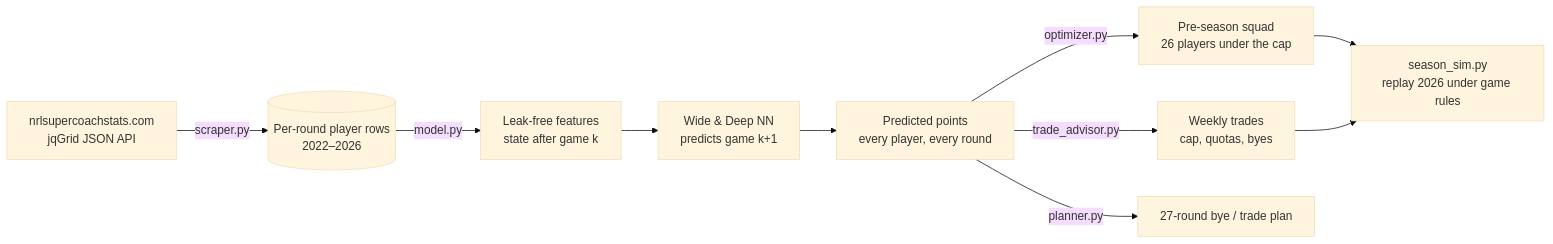
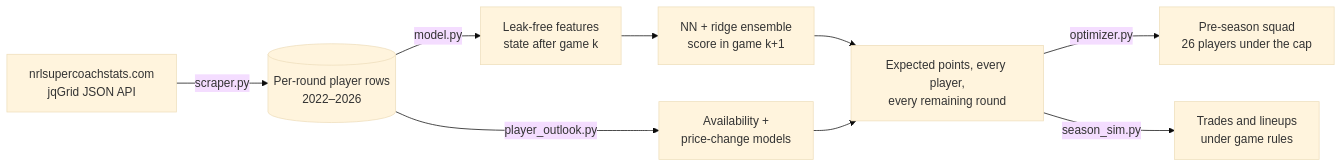
One commit to M-Attwood/NRL-Super-Team-Stats changed the diagram in README.md. Above: the diagram before and after it, drawn with Mermaid (base theme). The commit also changed other lines of this file and 28 other files, not shown here.

````diff
--- a/README.md
+++ b/README.md
@@ -33,11 +33,10 @@
 ```mermaid
 flowchart LR
     A[nrlsupercoachstats.com<br/>jqGrid JSON API] -->|scraper.py| B[(Per-round player rows<br/>2022–2026)]
     B -->|model.py| C[Leak-free features<br/>state after game k]
-    C --> D[Wide & Deep NN<br/>predicts game k+1]
-    D --> E[Predicted points<br/>every player, every round]
+    C --> D[NN + ridge ensemble<br/>score in game k+1]
+    B -->|player_outlook.py| O[Availability +<br/>price-change models]
+    D & O --> E[Expected points, every player,<br/>every remaining round]
     E -->|optimizer.py| F[Pre-season squad<br/>26 players under the cap]
-    E -->|trade_advisor.py| G[Weekly trades<br/>cap, quotas, byes]
-    E -->|planner.py| H[27-round bye / trade plan]
-    F & G --> I[season_sim.py<br/>replay 2026 under game rules]
+    E -->|season_sim.py| G[Trades and lineups<br/>under game rules]
 ```
````
